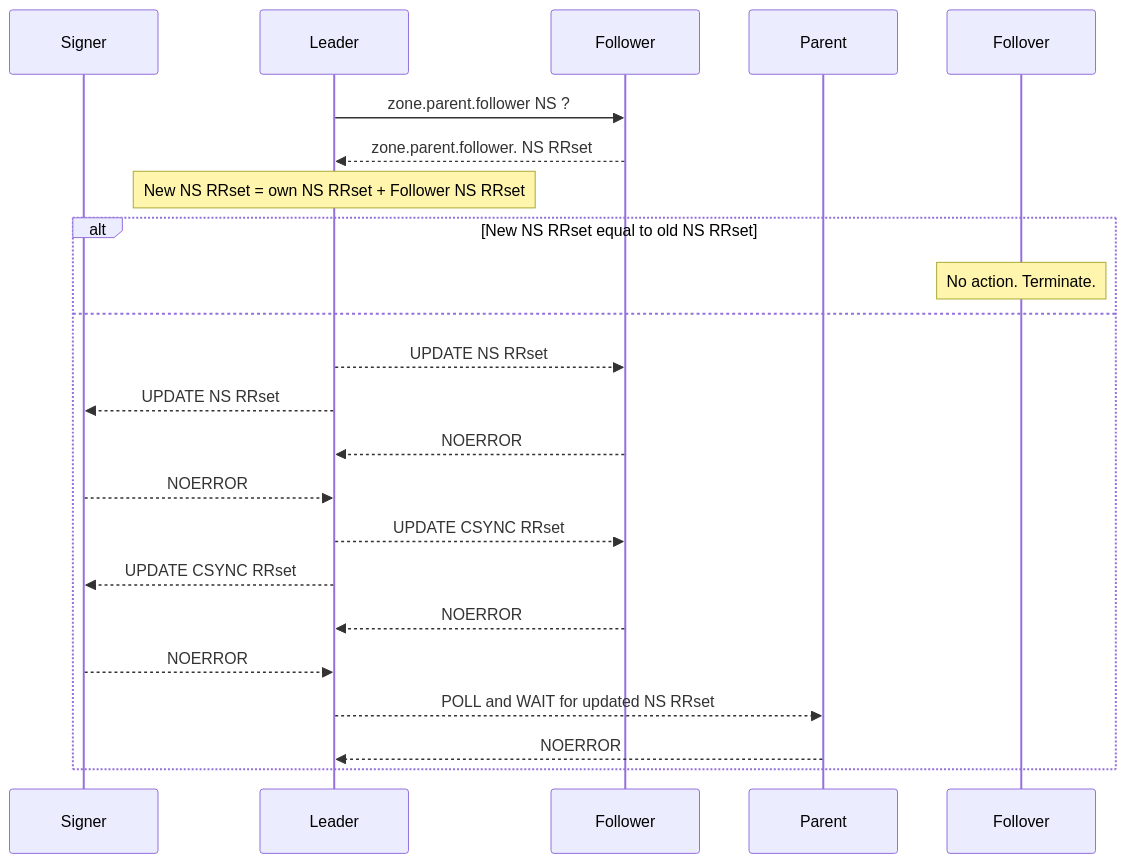
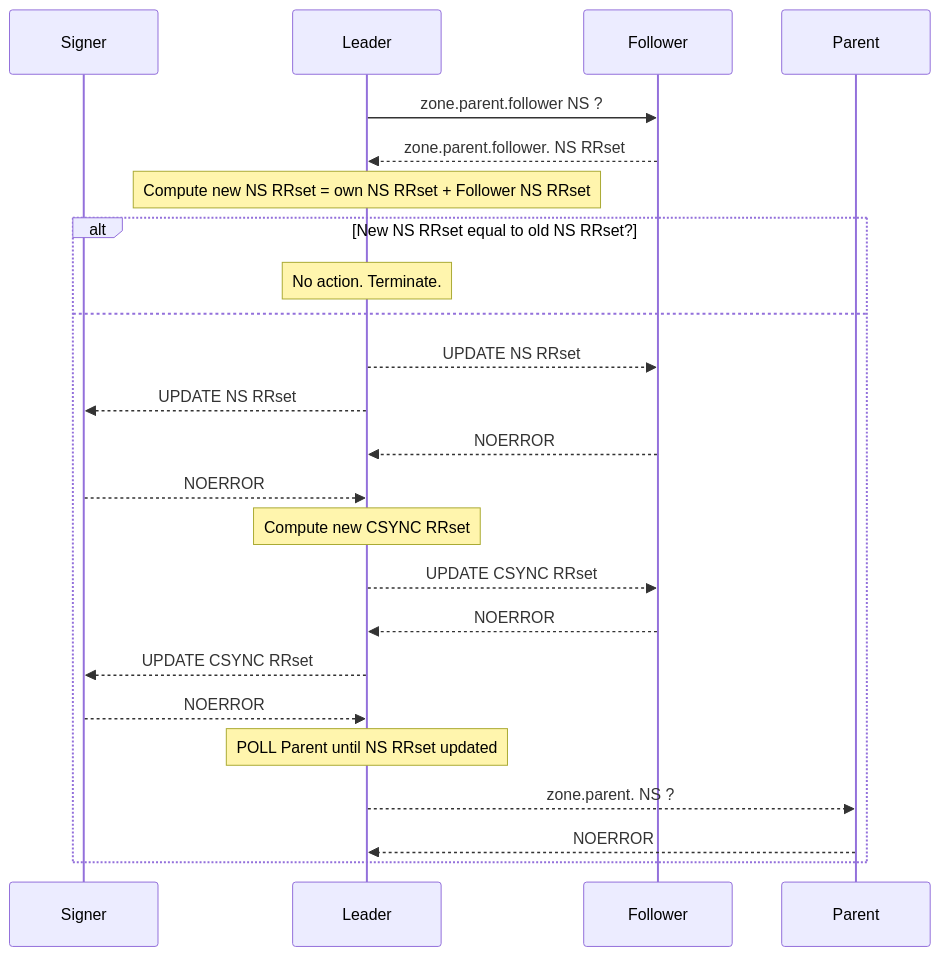
Before and after one commit to johanix/tdns: the diagram in sidecar/PROCESSES.md, drawn with Mermaid.

````diff
--- a/sidecar/PROCESSES.md
+++ b/sidecar/PROCESSES.md
@@ -3,25 +3,27 @@
 ```mermaid
 sequenceDiagram
     participant Signer
     participant Leader
     participant Follower
     participant Parent
     Leader->>Follower: zone.parent.follower NS ?
     Follower-->>Leader: zone.parent.follower. NS RRset
-    Note over Leader: New NS RRset = own NS RRset + Follower NS RRset
-    alt New NS RRset equal to old NS RRset
-       Note over Follover: No action. Terminate.
+    Note over Leader: Compute new NS RRset = own NS RRset + Follower NS RRset
+    alt New NS RRset equal to old NS RRset?
+       Note over Leader: No action. Terminate.
     else
        Leader-->>Follower: UPDATE NS RRset
        Leader-->>Signer: UPDATE NS RRset
        Follower-->>Leader: NOERROR
        Signer-->>Leader: NOERROR
+       Note over Leader: Compute new CSYNC RRset
        Leader-->>Follower: UPDATE CSYNC RRset
+       Follower-->>Leader: NOERROR
        Leader-->>Signer: UPDATE CSYNC RRset
-       Follower-->>Leader: NOERROR
        Signer-->>Leader: NOERROR
-       Leader-->>Parent: POLL and WAIT for updated NS RRset
+       Note over Leader: POLL Parent until NS RRset updated
+       Leader-->>Parent: zone.parent. NS ?
        Parent-->>Leader: NOERROR
    end
 
 ```
````
